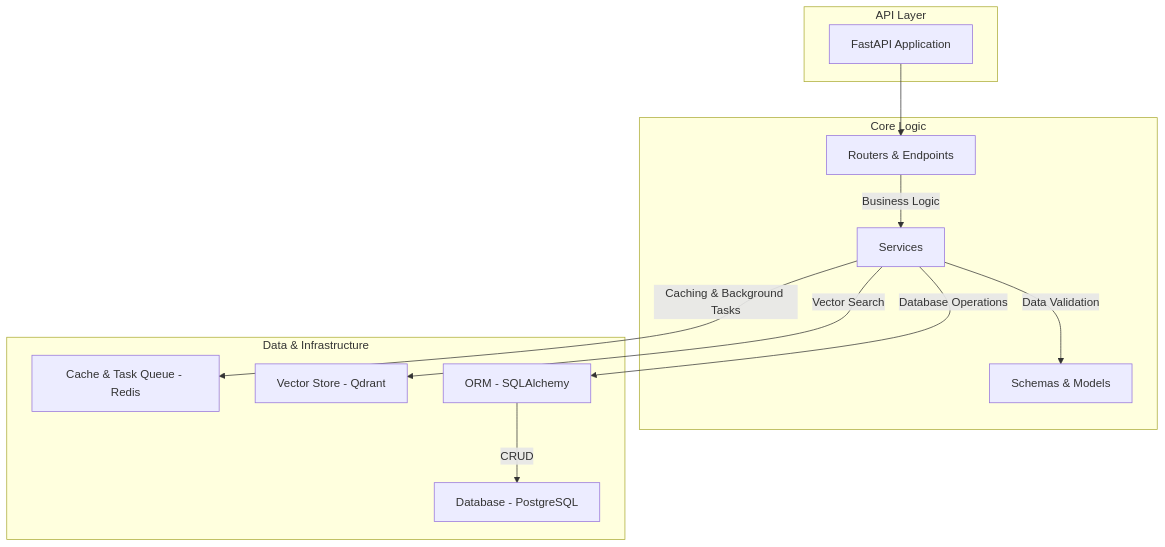
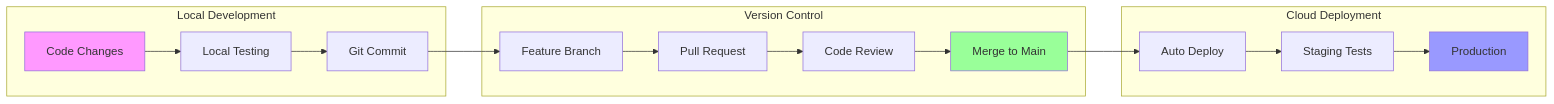
Before and after one commit to Bloom79/kronos-eam: diagram 12 of 12 in docs/architecture.md, drawn with Mermaid. The commit also changed other lines of this file and 22 other files, not shown here.

````diff
--- a/docs/architecture.md
+++ b/docs/architecture.md
@@ -57,27 +584,35 @@
 ```mermaid
-graph TD
-    subgraph "API Layer"
-        A[FastAPI Application]
+graph LR
+    subgraph "Local Development"
+        A[Code Changes]
+        B[Local Testing]
+        C[Git Commit]
     end
-
-    subgraph "Core Logic"
-        B[Routers & Endpoints]
-        C[Services]
-        D[Schemas & Models]
+    
+    subgraph "Version Control"
+        D[Feature Branch]
+        E[Pull Request]
+        F[Code Review]
+        G[Merge to Main]
     end
-
-    subgraph "Data & Infrastructure"
-        E[Database - PostgreSQL]
-        F[Cache & Task Queue - Redis]
-        G[Vector Store - Qdrant]
-        H[ORM - SQLAlchemy]
+    
+    subgraph "Cloud Deployment"
+        H[Auto Deploy]
+        I[Staging Tests]
+        J[Production]
     end
-
+    
     A --> B
-    B -- "Business Logic" --> C
-    C -- "Data Validation" --> D
-    C -- "Database Operations" --> H
-    H -- "CRUD" --> E
-    C -- "Caching & Background Tasks" --> F
-    C -- "Vector Search" --> G
+    B --> C
+    C --> D
+    D --> E
+    E --> F
+    F --> G
+    G --> H
+    H --> I
+    I --> J
+    
+    style A fill:#f9f
+    style G fill:#9f9
+    style J fill:#99f
 ```
````
